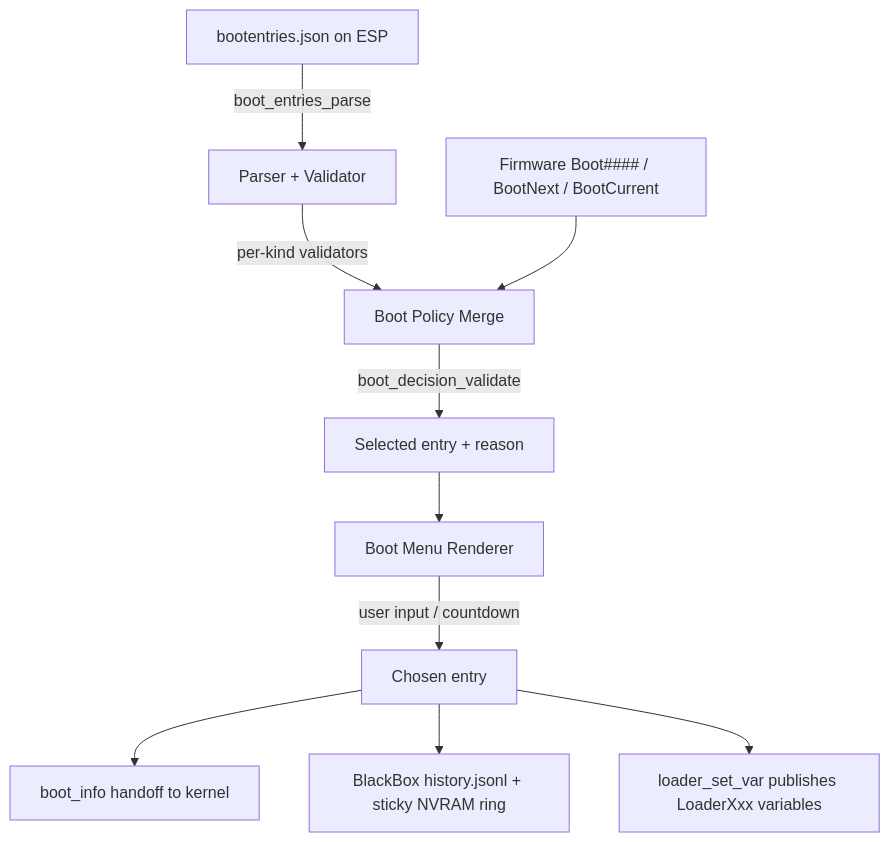
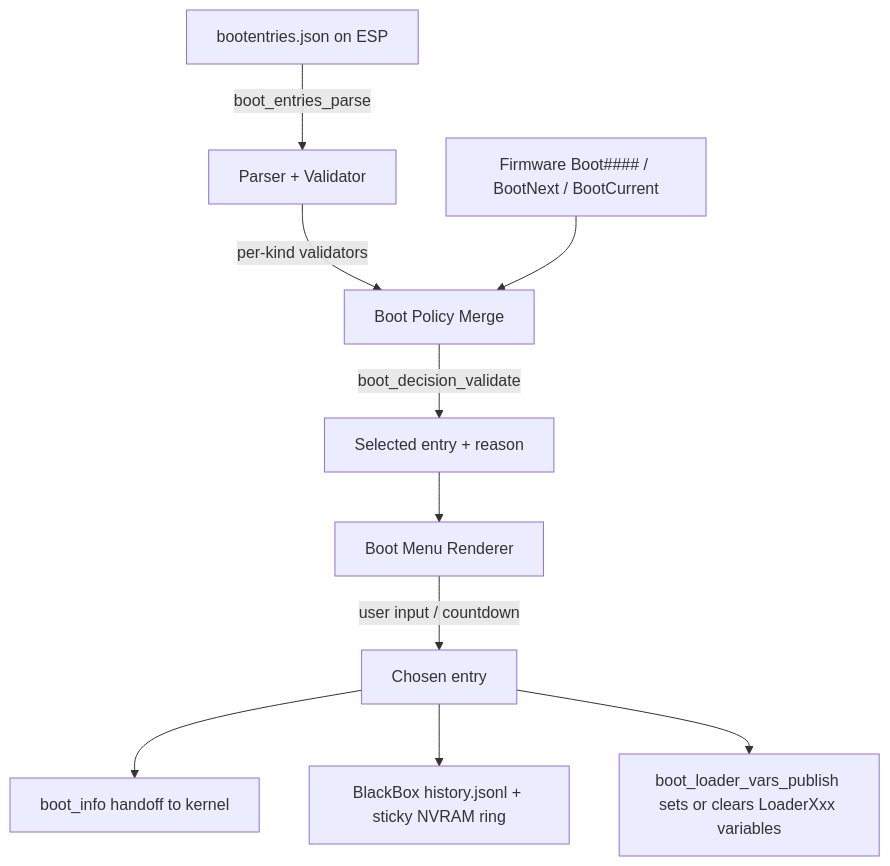
Before and after one commit to rizonesoft/impossible-os: the diagram in docs/boot/boot-entries-menu-policy.md, drawn with Mermaid. The commit also changed other lines of this file and 17 other files, not shown here.

````diff
--- a/docs/boot/boot-entries-menu-policy.md
+++ b/docs/boot/boot-entries-menu-policy.md
@@ -12,12 +12,12 @@
 ```mermaid
 flowchart TD
   A[bootentries.json on ESP] -->|boot_entries_parse| B[Parser + Validator]
   B -->|per-kind validators| C[Boot Policy Merge]
   D[Firmware Boot#### / BootNext / BootCurrent] --> C
   C -->|boot_decision_validate| E[Selected entry + reason]
   E --> F[Boot Menu Renderer]
   F -->|user input / countdown| G[Chosen entry]
   G --> H[boot_info handoff to kernel]
   G --> I[BlackBox history.jsonl + sticky NVRAM ring]
-  G --> J[loader_set_var publishes LoaderXxx variables]
+  G --> J[boot_loader_vars_publish sets or clears LoaderXxx variables]
 ```
````
